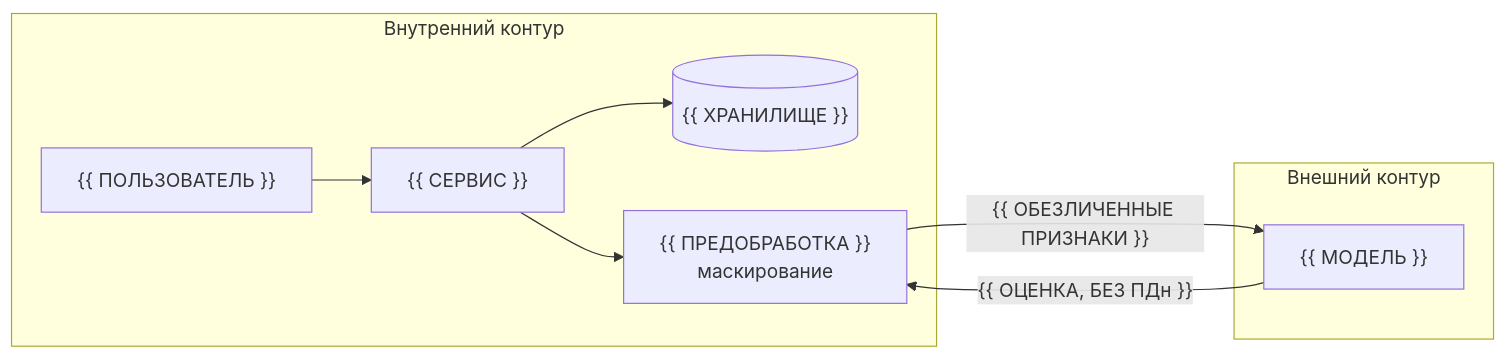
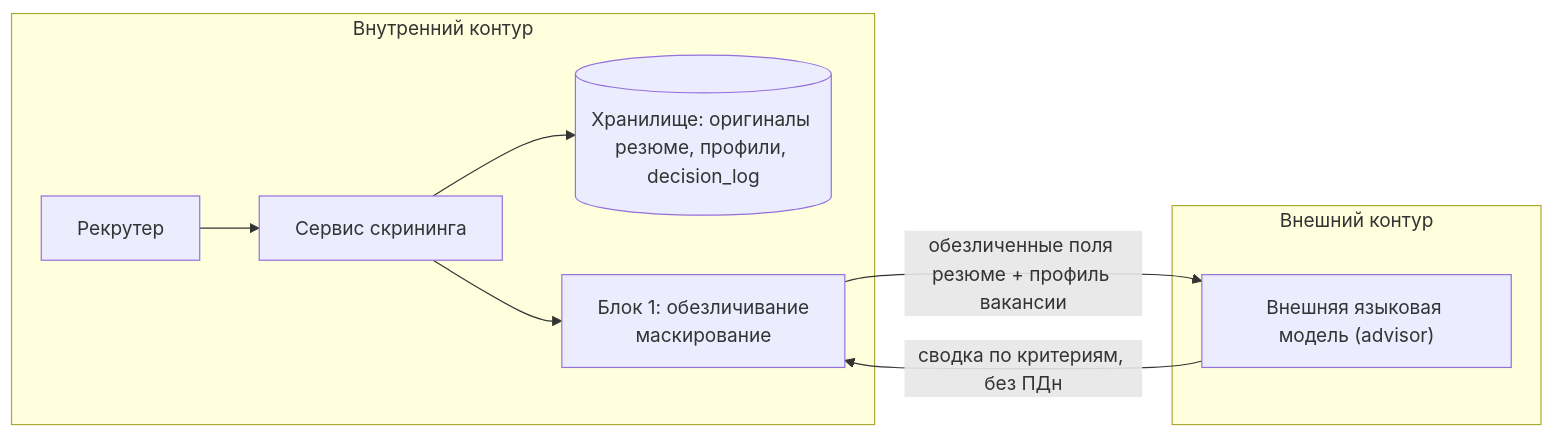
Before and after one commit to artemiy-0/team-hiring-04: the second of 2 diagrams in docs/03_tobe_architecture.md, drawn with Mermaid. The commit also changed other lines of this file, not shown here.

````diff
--- a/docs/03_tobe_architecture.md
+++ b/docs/03_tobe_architecture.md
@@ -57,13 +75,13 @@
 ```mermaid
 flowchart LR
     subgraph Inside["Внутренний контур"]
-        U["{{ ПОЛЬЗОВАТЕЛЬ }}"] --> SVC["{{ СЕРВИС }}"]
-        SVC --> DB[("{{ ХРАНИЛИЩЕ }}")]
-        SVC --> P["{{ ПРЕДОБРАБОТКА }}<br/>маскирование"]
+        U["Рекрутер"] --> SVC["Сервис скрининга"]
+        SVC --> DB[("Хранилище: оригиналы резюме, профили, decision_log")]
+        SVC --> P["Блок 1: обезличивание<br/>маскирование"]
     end
     subgraph Outside["Внешний контур"]
-        LLM["{{ МОДЕЛЬ }}"]
+        LLM["Внешняя языковая модель (advisor)"]
     end
-    P -->|"{{ ОБЕЗЛИЧЕННЫЕ ПРИЗНАКИ }}"| LLM
-    LLM -->|"{{ ОЦЕНКА, БЕЗ ПДн }}"| P
+    P -->|"обезличенные поля резюме + профиль вакансии"| LLM
+    LLM -->|"сводка по критериям, без ПДн"| P
 ```
````
